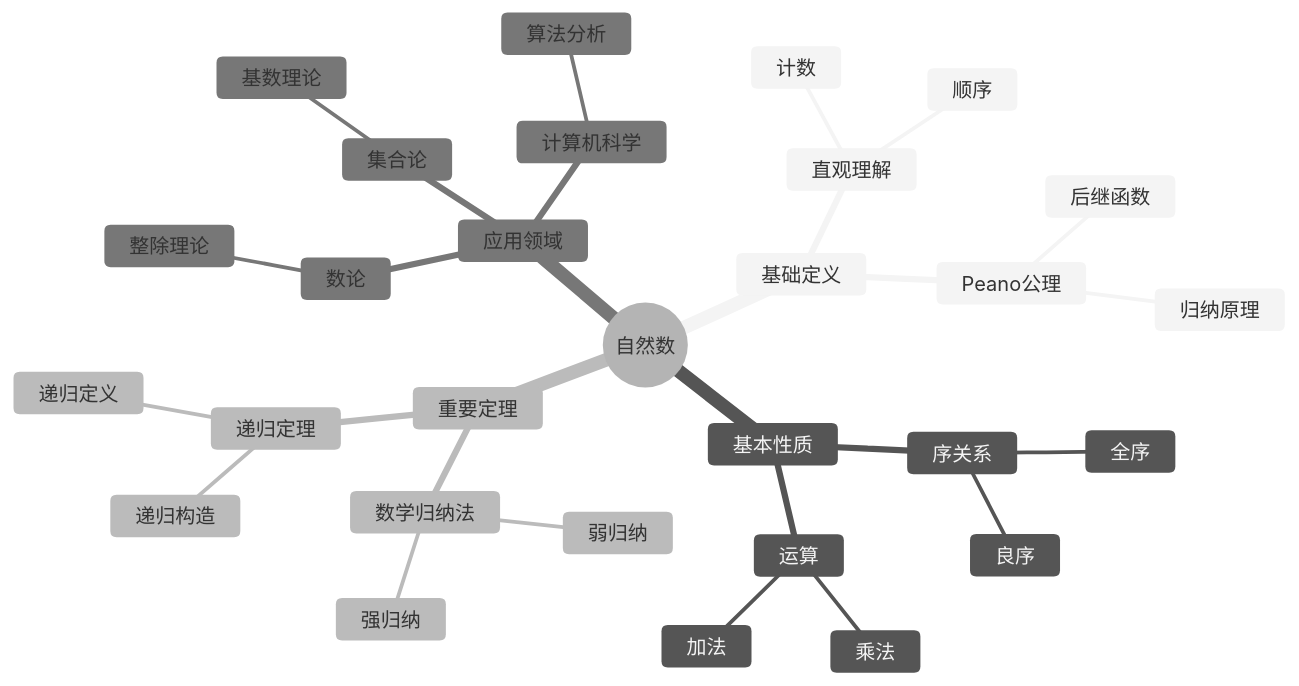
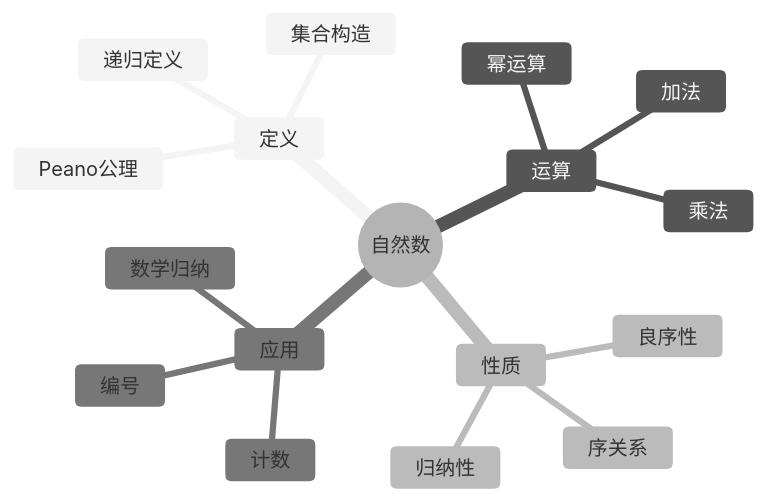
The first of 11 diagrams in concept/核心概念/03-自然数.md (AdaMartin18010/FormalMath), drawn with Mermaid (neutral theme) before and after one commit. The commit also changed other lines of this file and 4793 other files, not shown here.

````diff
--- a/concept/核心概念/03-自然数.md
+++ b/concept/核心概念/03-自然数.md
@@ -594,32 +1589,20 @@
 ```mermaid
 mindmap
   root((自然数))
-    基础定义
-      直观理解
-        计数
-        顺序
+    定义
       Peano公理
-        后继函数
-        归纳原理
-    基本性质
+      集合构造
+      递归定义
+    运算
+      加法
+      乘法
+      幂运算
+    性质
       序关系
-        全序
-        良序
-      运算
-        加法
-        乘法
-    重要定理
-      数学归纳法
-        弱归纳
-        强归纳
-      递归定理
-        递归定义
-        递归构造
-    应用领域
-      数论
-        整除理论
-      集合论
-        基数理论
-      计算机科学
-        算法分析
+      良序性
+      归纳性
+    应用
+      计数
+      编号
+      数学归纳
 ```
````
